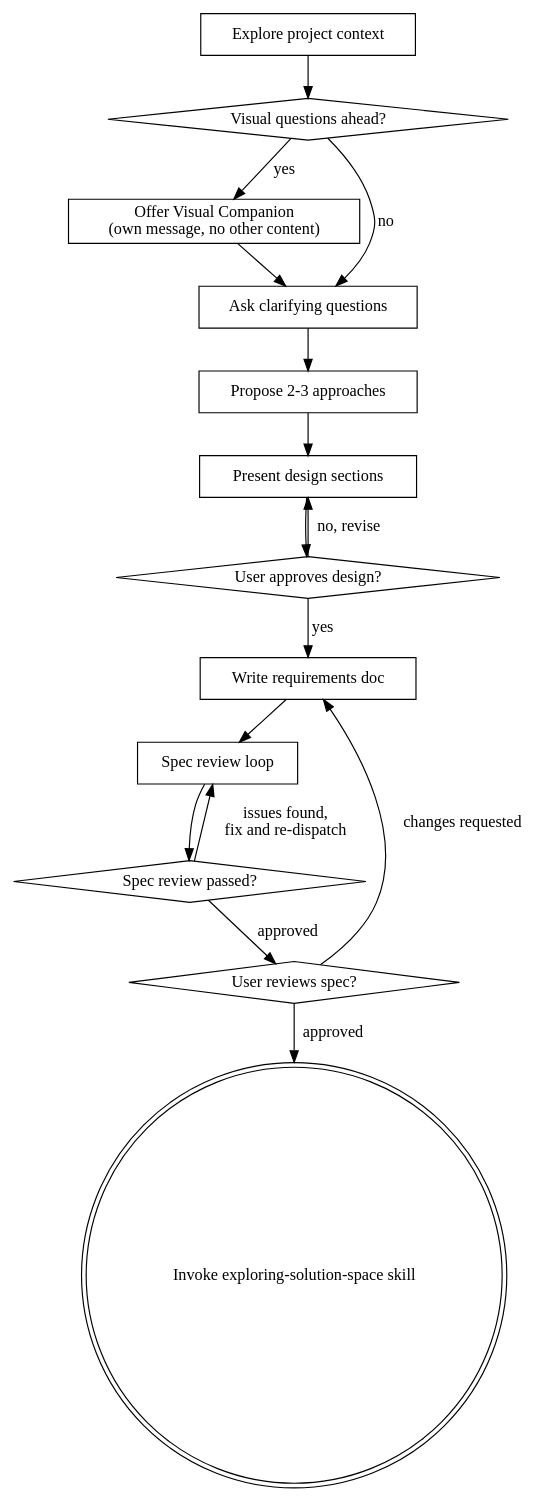
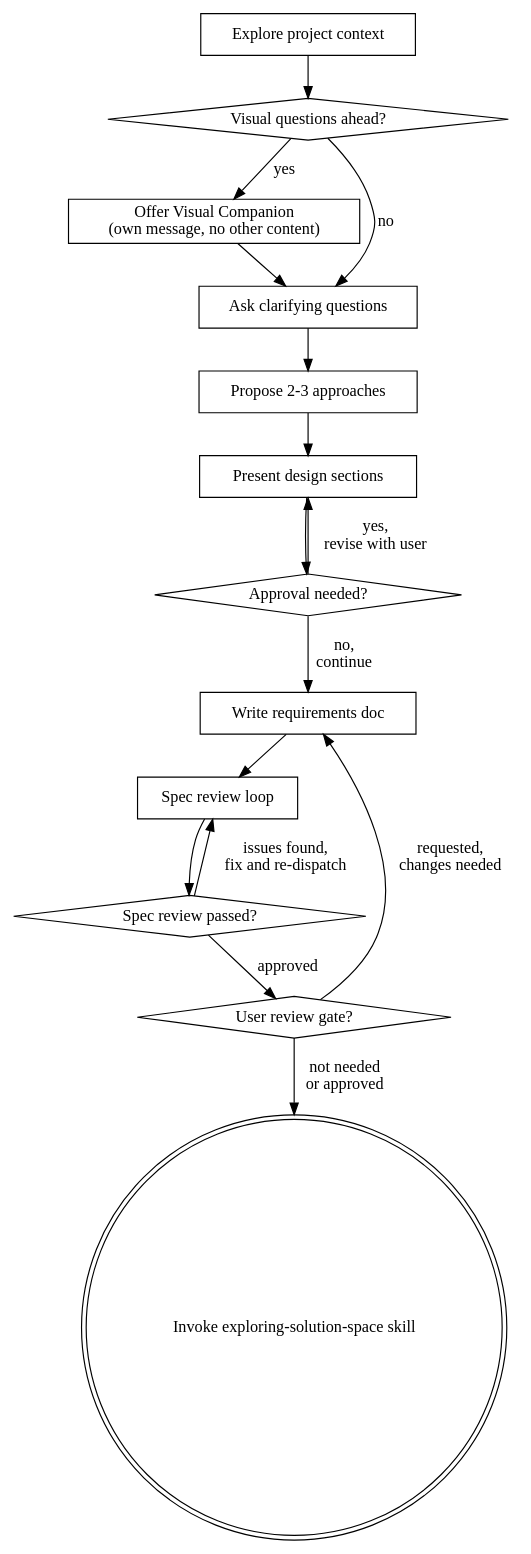
One commit to Krual-T/OpenHarness changed the diagram in skills/brainstorming/SKILL.md. Above: the diagram before and after it, drawn with Graphviz. The commit also changed other lines of this file and 6 other files, not shown here.

````diff
--- a/skills/brainstorming/SKILL.md
+++ b/skills/brainstorming/SKILL.md
@@ -39,32 +39,32 @@
 ```dot
 digraph brainstorming {
     "Explore project context" [shape=box];
     "Visual questions ahead?" [shape=diamond];
     "Offer Visual Companion\n(own message, no other content)" [shape=box];
     "Ask clarifying questions" [shape=box];
     "Propose 2-3 approaches" [shape=box];
     "Present design sections" [shape=box];
-    "User approves design?" [shape=diamond];
+    "Approval needed?" [shape=diamond];
     "Write requirements doc" [shape=box];
     "Spec review loop" [shape=box];
     "Spec review passed?" [shape=diamond];
-    "User reviews spec?" [shape=diamond];
+    "User review gate?" [shape=diamond];
     "Invoke exploring-solution-space skill" [shape=doublecircle];
 
     "Explore project context" -> "Visual questions ahead?";
     "Visual questions ahead?" -> "Offer Visual Companion\n(own message, no other content)" [label="yes"];
     "Visual questions ahead?" -> "Ask clarifying questions" [label="no"];
     "Offer Visual Companion\n(own message, no other content)" -> "Ask clarifying questions";
     "Ask clarifying questions" -> "Propose 2-3 approaches";
     "Propose 2-3 approaches" -> "Present design sections";
-    "Present design sections" -> "User approves design?";
-    "User approves design?" -> "Present design sections" [label="no, revise"];
-    "User approves design?" -> "Write requirements doc" [label="yes"];
+    "Present design sections" -> "Approval needed?";
+    "Approval needed?" -> "Present design sections" [label="yes,\nrevise with user"];
+    "Approval needed?" -> "Write requirements doc" [label="no,\ncontinue"];
     "Write requirements doc" -> "Spec review loop";
     "Spec review loop" -> "Spec review passed?";
     "Spec review passed?" -> "Spec review loop" [label="issues found,\nfix and re-dispatch"];
-    "Spec review passed?" -> "User reviews spec?" [label="approved"];
-    "User reviews spec?" -> "Write requirements doc" [label="changes requested"];
-    "User reviews spec?" -> "Invoke exploring-solution-space skill" [label="approved"];
+    "Spec review passed?" -> "User review gate?" [label="approved"];
+    "User review gate?" -> "Write requirements doc" [label="requested,\nchanges needed"];
+    "User review gate?" -> "Invoke exploring-solution-space skill" [label="not needed\nor approved"];
 }
 ```
````
